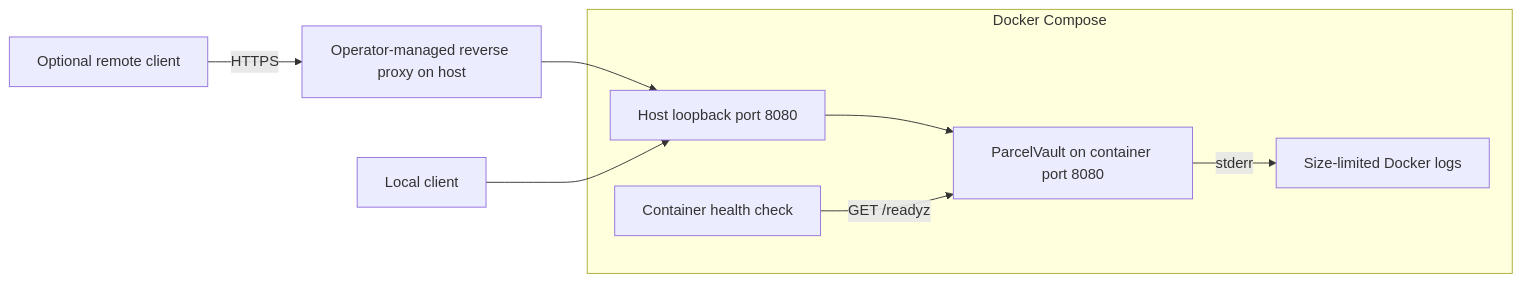
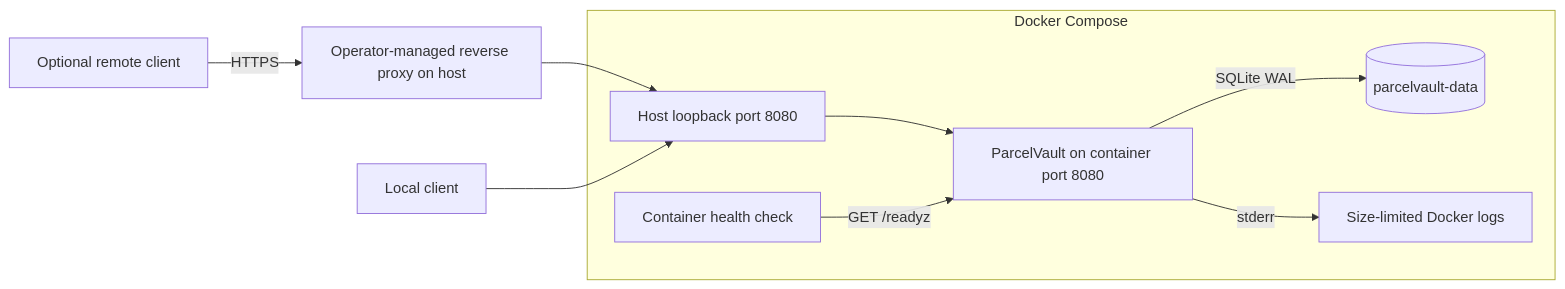
The third of 4 diagrams in docs/diagrams/scaffold.md (lfreixial/ParcelVault), drawn with Mermaid before and after one commit. The commit also changed other lines of this file and 16 other files, not shown here.

````diff
--- a/docs/diagrams/scaffold.md
+++ b/docs/diagrams/scaffold.md
@@ -37,11 +41,12 @@
 ```mermaid
 flowchart LR
     Remote[Optional remote client] -->|HTTPS| Proxy[Operator-managed reverse proxy on host]
     Proxy --> Port
     Local[Local client] --> Port[Host loopback port 8080]
     subgraph Docker[Docker Compose]
         Port --> App[ParcelVault on container port 8080]
         Probe[Container health check] -->|GET /readyz| App
+        App -->|SQLite WAL| Volume[(parcelvault-data)]
         App -->|stderr| Logs[Size-limited Docker logs]
     end
 ```
````
